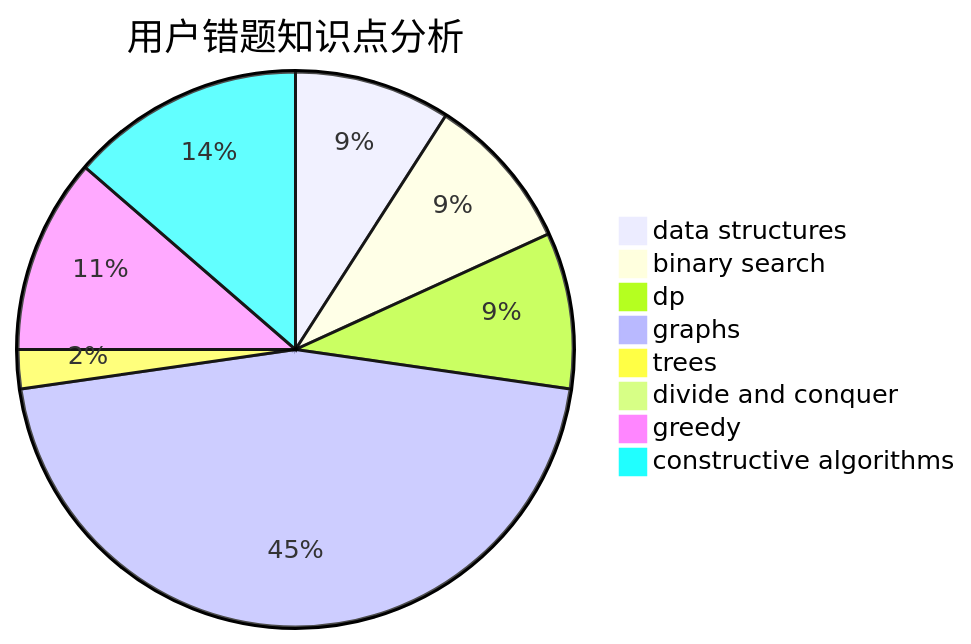
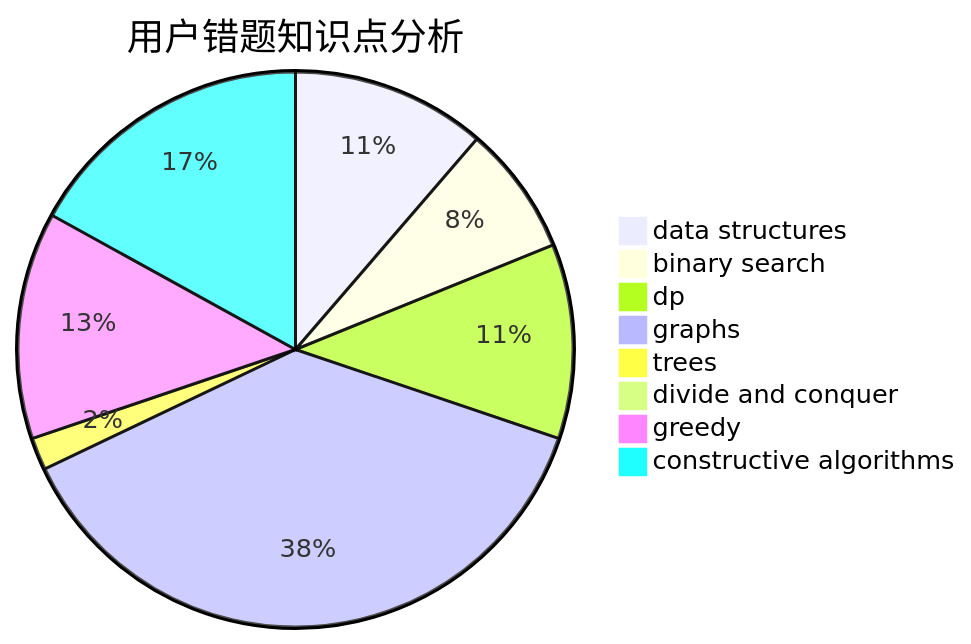
One commit to sherpahu/cfrs.github.io changed the third of 3 diagrams in docs/user/u1781.md. Above: the diagram before and after it, drawn with Mermaid. The commit also changed other lines of this file and 2770 other files, not shown here.

````diff
--- a/docs/user/u1781.md
+++ b/docs/user/u1781.md
@@ -36,11 +36,11 @@
 ```mermaid
 pie title 用户错题知识点分析
-    "data structures" :  4
+    "data structures" :  6
     "binary search" :  4
-    "dp" :  4
+    "dp" :  6
     "graphs" :  20
     "trees" :  1
     "divide and conquer" :  0
-    "greedy" :  5
-    "constructive algorithms" :  6
+    "greedy" :  7
+    "constructive algorithms" :  9
 ```
````
